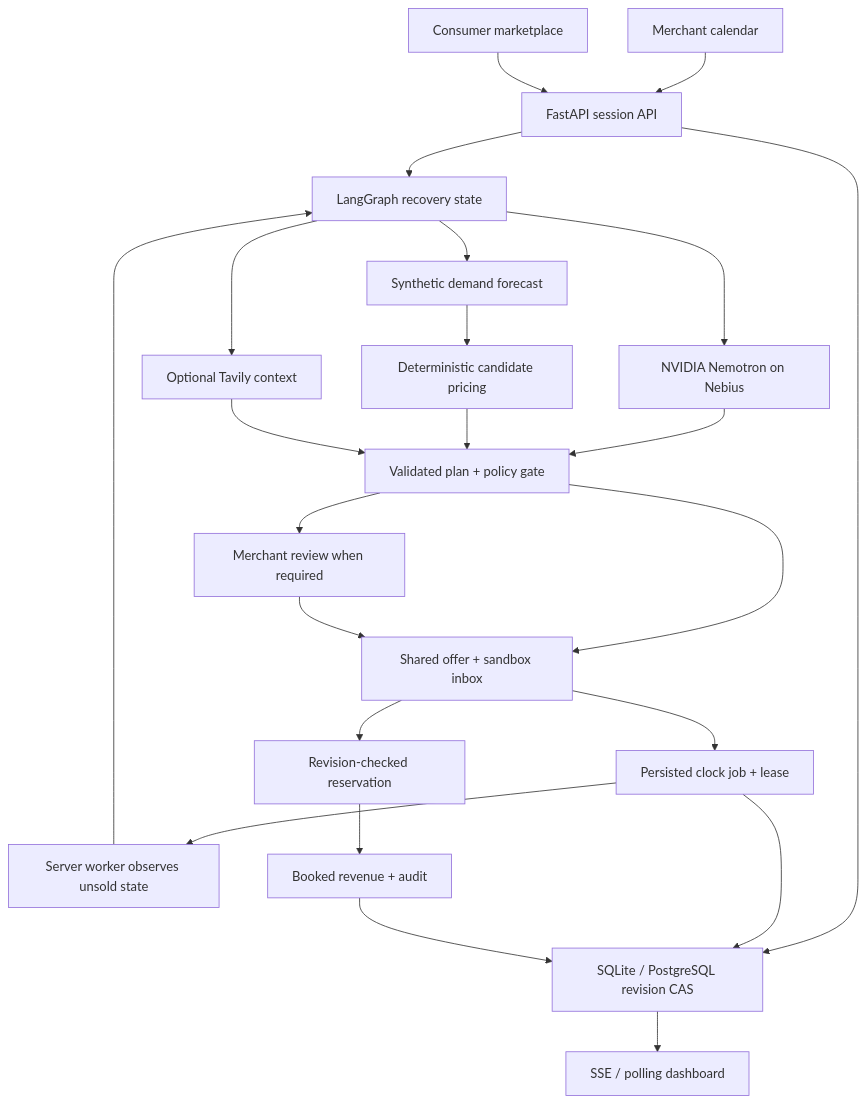
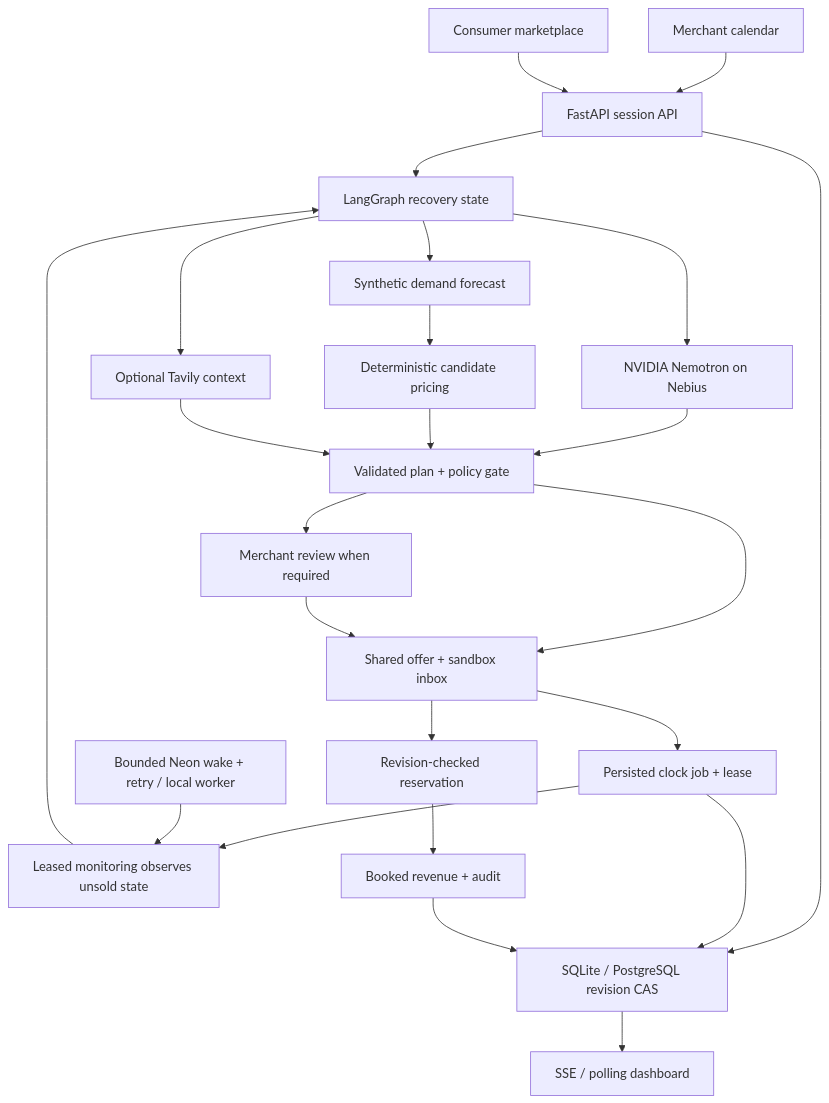
One commit to yimtaegyun/revslot changed the diagram in docs/ARCHITECTURE.md. Above: the diagram before and after it, drawn with Mermaid. The commit also changed other lines of this file and 19 other files, not shown here.

````diff
--- a/docs/ARCHITECTURE.md
+++ b/docs/ARCHITECTURE.md
@@ -3,25 +3,26 @@
 ```mermaid
 flowchart TD
   Merchant["Merchant calendar"] --> API["FastAPI session API"]
   Consumer["Consumer marketplace"] --> API
   API --> Store["SQLite / PostgreSQL revision CAS"]
   API --> Graph["LangGraph recovery state"]
   Graph --> Demand["Synthetic demand forecast"]
   Graph --> Model["NVIDIA Nemotron on Nebius"]
   Graph --> Context["Optional Tavily context"]
   Demand --> Price["Deterministic candidate pricing"]
   Model --> Guard["Validated plan + policy gate"]
   Price --> Guard
   Context --> Guard
   Guard --> Review["Merchant review when required"]
   Guard --> Publish["Shared offer + sandbox inbox"]
   Publish --> Jobs["Persisted clock job + lease"]
-  Jobs --> Monitor["Server worker observes unsold state"]
+  Jobs --> Monitor["Leased monitoring observes unsold state"]
+  Scheduler["Bounded Neon wake + retry / local worker"] --> Monitor
   Jobs --> Store
   Monitor --> Graph
   Publish --> Booking["Revision-checked reservation"]
   Review --> Publish
   Booking --> Outcome["Booked revenue + audit"]
   Outcome --> Store
   Store --> UI["SSE / polling dashboard"]
 ```
````
